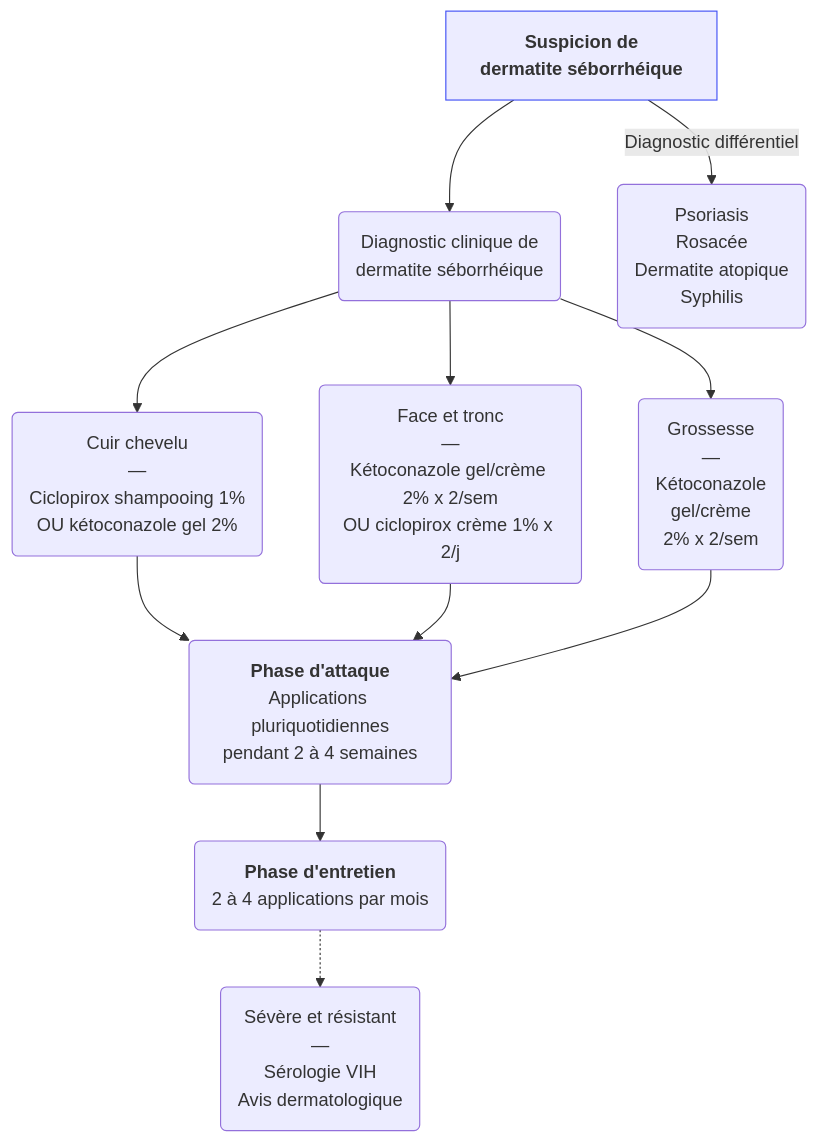
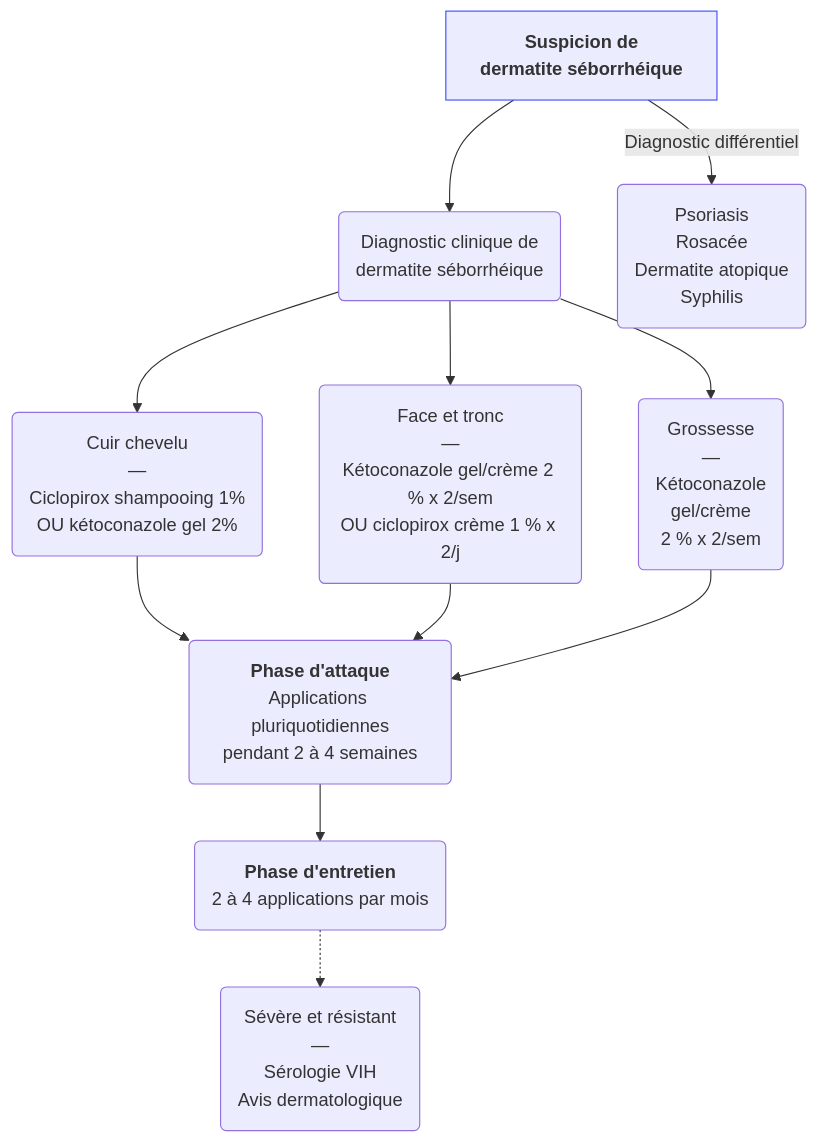
Before and after one commit to djibe/recommandations-medicales: the diagram in content/recommandations/dermatite-seborrheique.md, drawn with Mermaid. The commit also changed other lines of this file and 163 other files, not shown here.

```diff
--- a/content/recommandations/dermatite-seborrheique.md
+++ b/content/recommandations/dermatite-seborrheique.md
@@ -152,11 +152,11 @@
 {{< mermaid title="Prise en charge de la dermatite séborrhéique par le médecin généraliste. Dr JB Fron d'après CEDEF 2023 et CMIT" >}}
 graph TB
   suspicion["<b>Suspicion de<br>dermatite séborrhéique</b>"] --> diagnostic("Diagnostic clinique de<br>dermatite séborrhéique")
   style suspicion stroke:#4150f5, stroke-width:1px
   suspicion -- Diagnostic différentiel --> differentiel(Psoriasis<br>Rosacée<br>Dermatite atopique<br>Syphilis)
   diagnostic --> scalp("Cuir chevelu<br>—<br>Ciclopirox shampooing 1%<br>OU kétoconazole gel 2%") --> attaque("<b>Phase d'attaque</b><br>Applications pluriquotidiennes<br>pendant 2 à 4 semaines")
-  diagnostic --> face("Face et tronc<br>—<br>Kétoconazole gel/crème 2% x 2/sem<br>OU ciclopirox crème 1% x 2/j") --> attaque
-  diagnostic --> grossesse("Grossesse<br>—<br>Kétoconazole<br>gel/crème<br>2% x 2/sem") --> attaque
+  diagnostic --> face("Face et tronc<br>—<br>Kétoconazole gel/crème 2 % x 2/sem<br>OU ciclopirox crème 1 % x 2/j") --> attaque
+  diagnostic --> grossesse("Grossesse<br>—<br>Kétoconazole<br>gel/crème<br>2 % x 2/sem") --> attaque
       attaque --> entretien("<b>Phase d'entretien</b><br>2 à 4 applications par mois")
         entretien -.-> severe("Sévère et résistant<br>—<br>Sérologie VIH<br>Avis dermatologique")
 {{< /mermaid >}}
```
